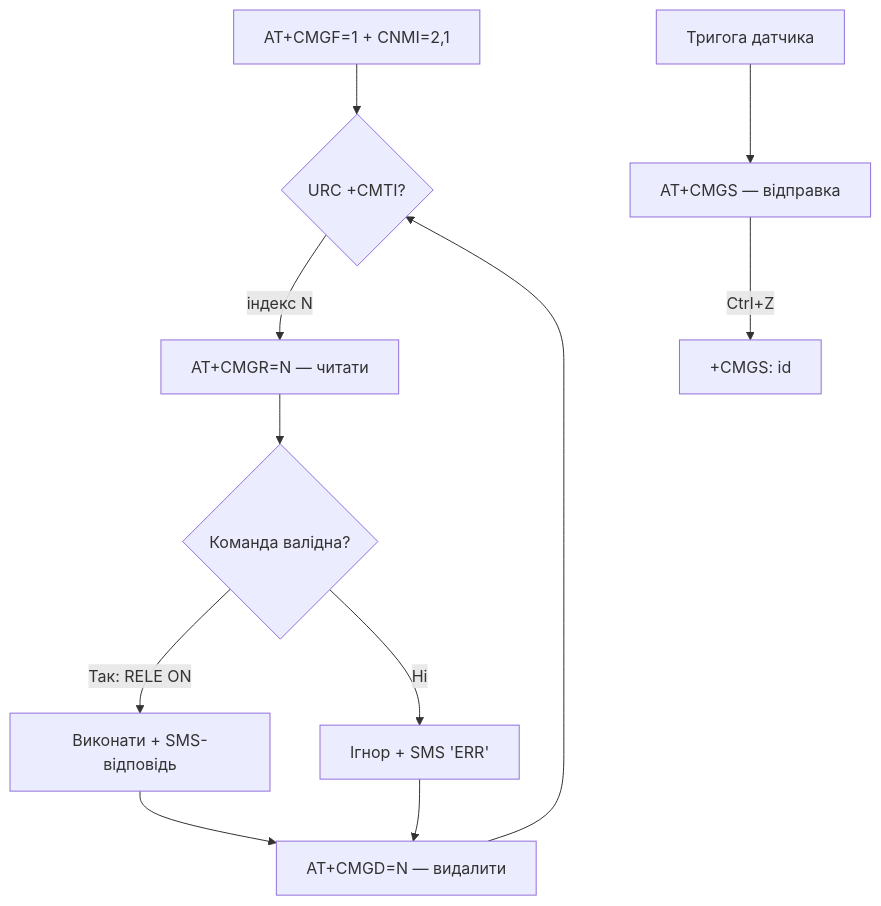
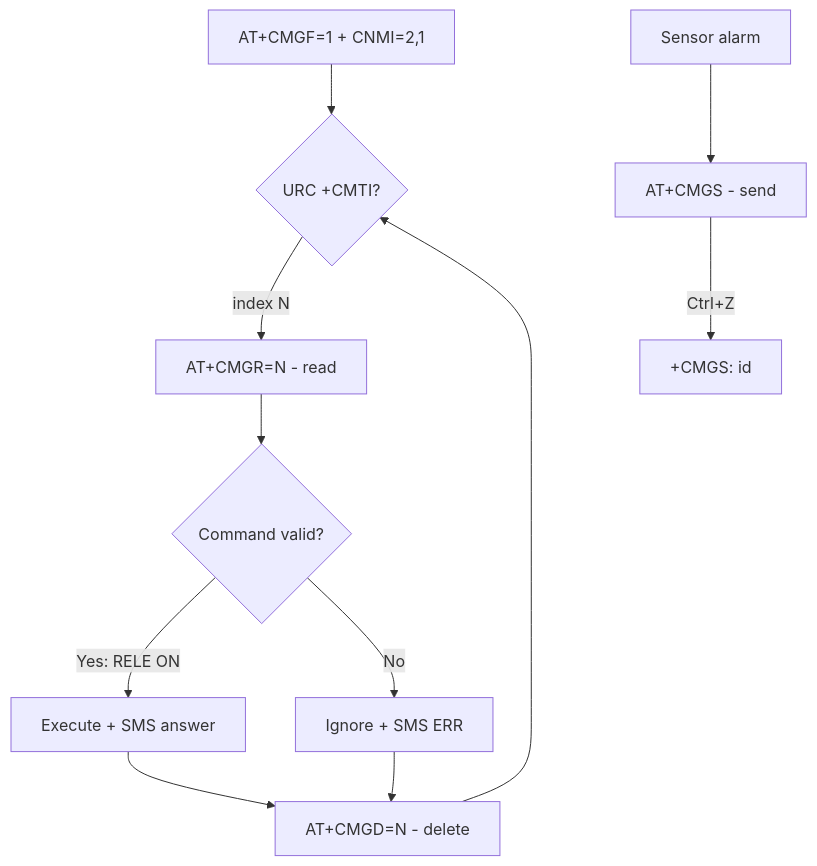
Before and after one commit to ksalab/embedded-reference: the third of 5 diagrams in obsidian_vault/ESP32-Reference/EN/12-Comm-Modules/03-SIM800L-GPS.en.md, drawn with Mermaid. The commit also changed other lines of this file and 76 other files, not shown here.

````diff
--- a/obsidian_vault/ESP32-Reference/EN/12-Comm-Modules/03-SIM800L-GPS.en.md
+++ b/obsidian_vault/ESP32-Reference/EN/12-Comm-Modules/03-SIM800L-GPS.en.md
@@ -294,13 +294,13 @@
 ```mermaid
 flowchart TB
     CFG[AT+CMGF=1 + CNMI=2,1] --> WAIT{URC +CMTI?}
-    WAIT -->|індекс N| READ[AT+CMGR=N — читати]
-    READ --> PARSE{Команда валідна?}
-    PARSE -->|Так: RELE ON| ACT[Виконати + SMS-відповідь]
-    PARSE -->|Ні| IGN[Ігнор + SMS 'ERR']
-    ACT --> DEL[AT+CMGD=N — видалити]
+    WAIT -->|index N| READ[AT+CMGR=N - read]
+    READ --> PARSE{Command valid?}
+    PARSE -->|Yes: RELE ON| ACT[Execute + SMS answer]
+    PARSE -->|No| IGN[Ignore + SMS ERR]
+    ACT --> DEL[AT+CMGD=N - delete]
     IGN --> DEL
     DEL --> WAIT
-    SEND[Тригога датчика] --> OUT[AT+CMGS — відправка]
+    SEND[Sensor alarm] --> OUT[AT+CMGS - send]
     OUT -->|Ctrl+Z| OKC[+CMGS: id]
 ```
````
